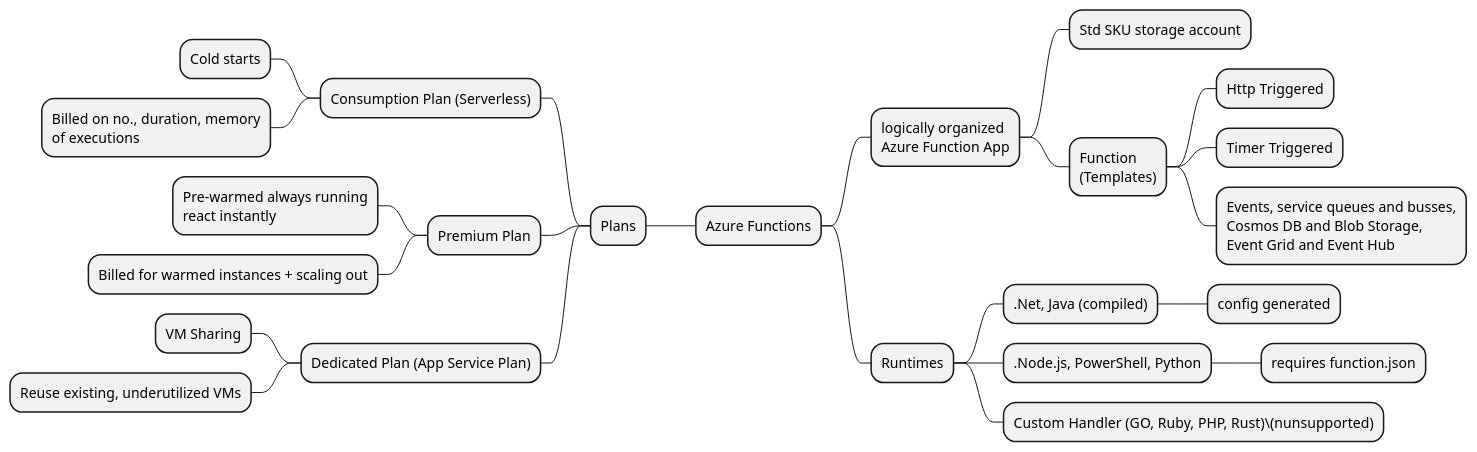
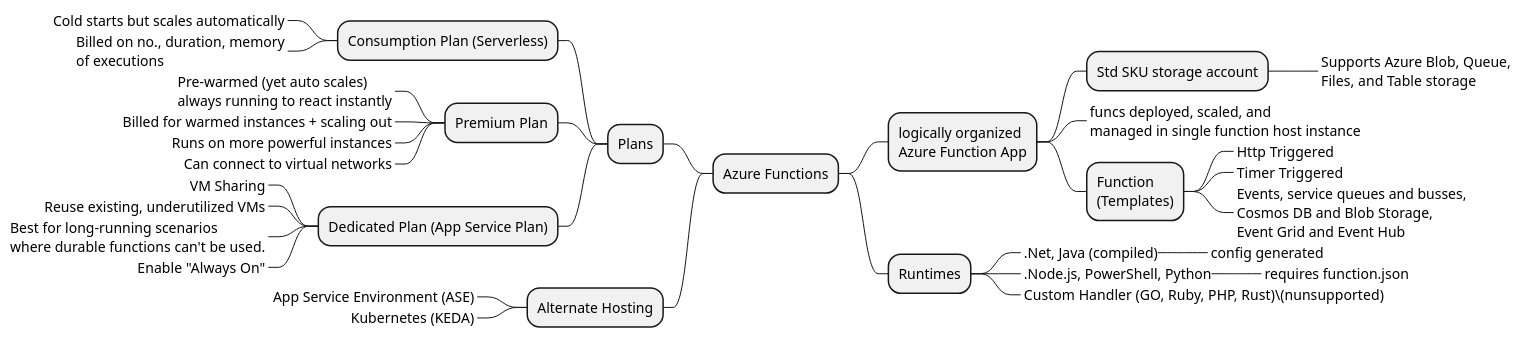
Before and after one commit to bobbyache/study-diagrams: the diagram in az-204/functions.plantuml, drawn with PlantUML. The commit also changed 21 other files, not shown here.

```diff
--- a/az-204/functions.plantuml
+++ b/az-204/functions.plantuml
@@ -1,28 +1,36 @@
-@startmindmap "Dynamic Programming"
+@startmindmap "Functions"
 
 + Azure Functions
 ++ logically organized\nAzure Function App
 +++ Std SKU storage account
+++++_ Supports Azure Blob, Queue,\nFiles, and Table storage
++++_ funcs deployed, scaled, and\nmanaged in single function host instance
 +++ Function\n(Templates)
-++++ Http Triggered
-++++ Timer Triggered
-++++ Events, service queues and busses,\nCosmos DB and Blob Storage,\nEvent Grid and Event Hub
+++++_ Http Triggered
+++++_ Timer Triggered
+++++_ Events, service queues and busses,\nCosmos DB and Blob Storage,\nEvent Grid and Event Hub
 ++ Runtimes
-+++ .Net, Java (compiled)
-++++ config generated
-+++ .Node.js, PowerShell, Python
-++++ requires function.json
-+++ Custom Handler (GO, Ruby, PHP, Rust)\(nunsupported)
++++_ .Net, Java (compiled)
+++++_ config generated
++++_ .Node.js, PowerShell, Python
+++++_ requires function.json
++++_ Custom Handler (GO, Ruby, PHP, Rust)\(nunsupported)
 -- Plans
 --- Consumption Plan (Serverless)
----- Cold starts
----- Billed on no., duration, memory\nof executions
+----_ Cold starts but scales automatically
+----_ Billed on no., duration, memory\nof executions
 --- Premium Plan
----- Pre-warmed always running\nreact instantly
----- Billed for warmed instances + scaling out
+----_ Pre-warmed (yet auto scales)\nalways running to react instantly
+----_ Billed for warmed instances + scaling out
+----_ Runs on more powerful instances
+----_ Can connect to virtual networks
 --- Dedicated Plan (App Service Plan)
----- VM Sharing
----- Reuse existing, underutilized VMs
+----_ VM Sharing
+----_ Reuse existing, underutilized VMs
+----_ Best for long-running scenarios\nwhere durable functions can't be used.
+----_ Enable "Always On"
 
-
+-- Alternate Hosting
+---_ App Service Environment (ASE)
+---_ Kubernetes (KEDA)
 @endmindmap
```
